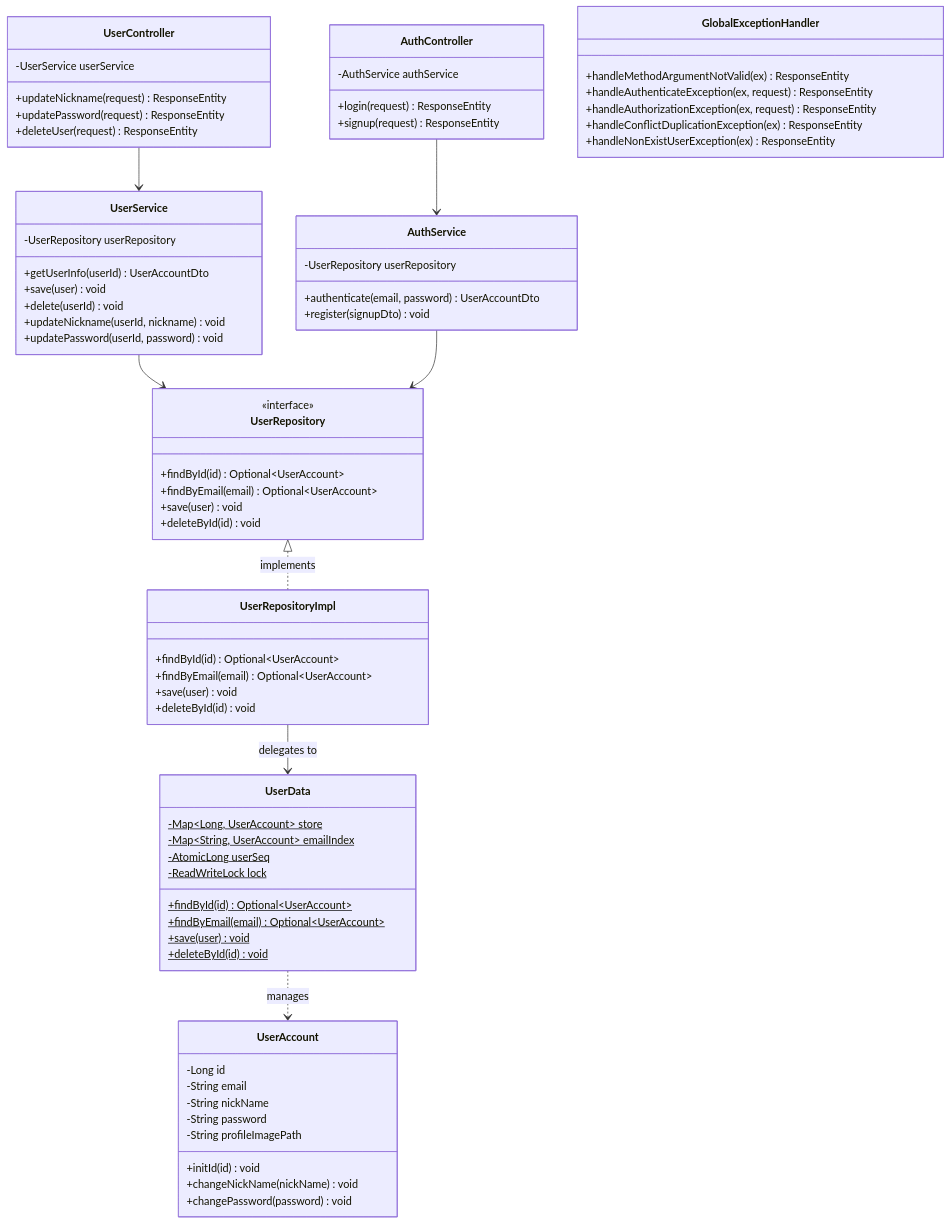
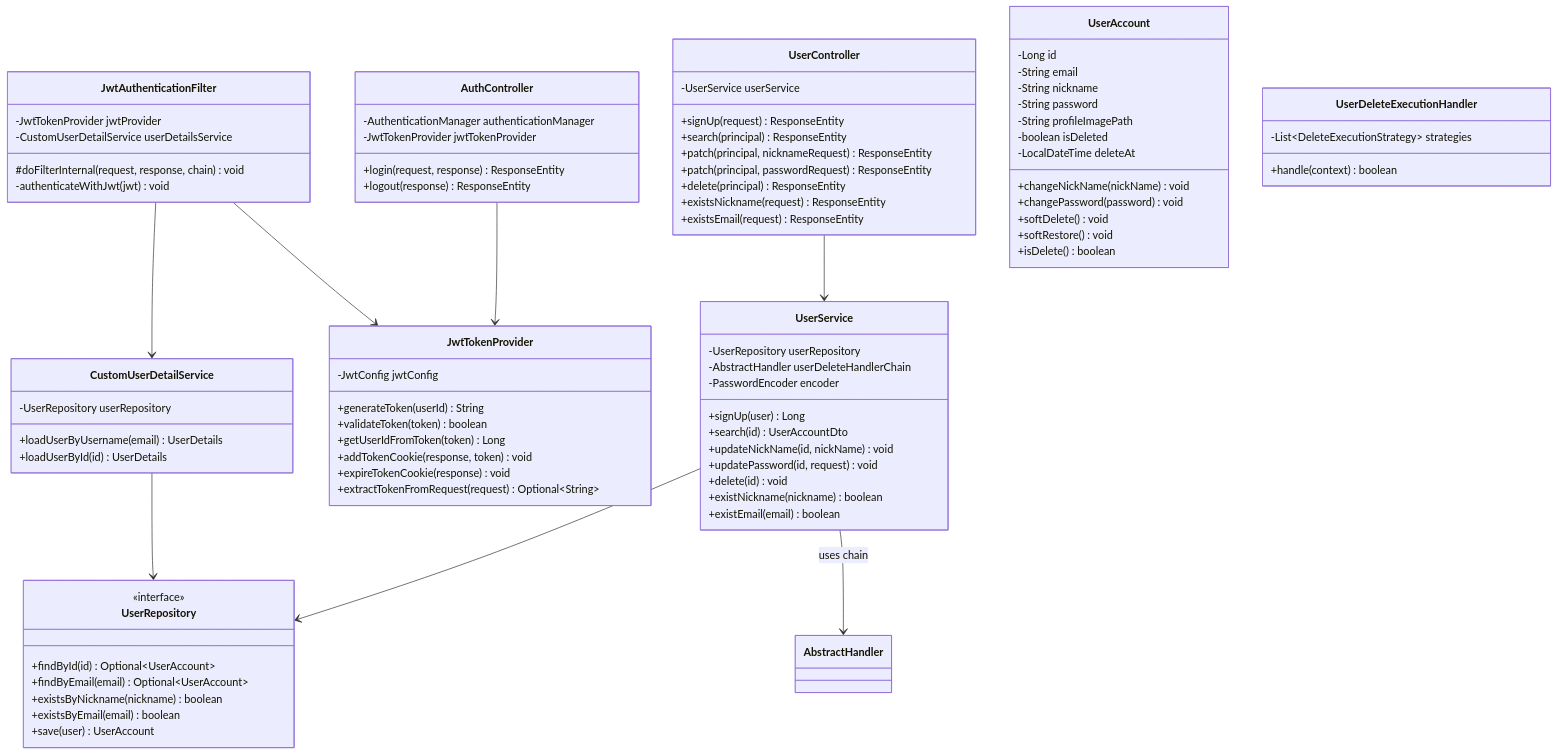
The fourth of 6 diagrams in README.md (100-hours-a-week/ktb3-claude-full), drawn with Mermaid before and after one commit. The commit also changed other lines of this file, not shown here.

````diff
--- a/README.md
+++ b/README.md
@@ -343,31 +456,58 @@
     %% Controllers
     class UserController {
         -UserService userService
-        +updateNickname(request) ResponseEntity
-        +updatePassword(request) ResponseEntity
-        +deleteUser(request) ResponseEntity
+        +signUp(request) ResponseEntity
+        +search(principal) ResponseEntity
+        +patch(principal, nicknameRequest) ResponseEntity
+        +patch(principal, passwordRequest) ResponseEntity
+        +delete(principal) ResponseEntity
+        +existsNickname(request) ResponseEntity
+        +existsEmail(request) ResponseEntity
     }
 
     class AuthController {
-        -AuthService authService
-        +login(request) ResponseEntity
-        +signup(request) ResponseEntity
+        -AuthenticationManager authenticationManager
+        -JwtTokenProvider jwtTokenProvider
+        +login(request, response) ResponseEntity
+        +logout(response) ResponseEntity
     }
 
-    %% Services
+    %% Service
     class UserService {
         -UserRepository userRepository
-        +getUserInfo(userId) UserAccountDto
-        +save(user) void
-        +delete(userId) void
-        +updateNickname(userId, nickname) void
-        +updatePassword(userId, password) void
+        -AbstractHandler userDeleteHandlerChain
+        -PasswordEncoder encoder
+        +signUp(user) Long
+        +search(id) UserAccountDto
+        +updateNickName(id, nickName) void
+        +updatePassword(id, request) void
+        +delete(id) void
+        +existNickname(nickname) boolean
+        +existEmail(email) boolean
     }
 
-    class AuthService {
+    %% Auth
+    class JwtTokenProvider {
+        -JwtConfig jwtConfig
+        +generateToken(userId) String
+        +validateToken(token) boolean
+        +getUserIdFromToken(token) Long
+        +addTokenCookie(response, token) void
+        +expireTokenCookie(response) void
+        +extractTokenFromRequest(request) Optional~String~
+    }
+
+    class JwtAuthenticationFilter {
+        -JwtTokenProvider jwtProvider
+        -CustomUserDetailService userDetailsService
+        #doFilterInternal(request, response, chain) void
+        -authenticateWithJwt(jwt) void
+    }
+
+    class CustomUserDetailService {
         -UserRepository userRepository
-        +authenticate(email, password) UserAccountDto
-        +register(signupDto) void
+        +loadUserByUsername(email) UserDetails
+        +loadUserById(id) UserDetails
     }
 
     %% Repository
@@ -375,56 +515,39 @@
         <<interface>>
         +findById(id) Optional~UserAccount~
         +findByEmail(email) Optional~UserAccount~
-        +save(user) void
-        +deleteById(id) void
-    }
-
-    class UserRepositoryImpl {
-        +findById(id) Optional~UserAccount~
-        +findByEmail(email) Optional~UserAccount~
-        +save(user) void
-        +deleteById(id) void
-    }
-
-    %% Data Store
-    class UserData {
-        -Map~Long, UserAccount~ store$
-        -Map~String, UserAccount~ emailIndex$
-        -AtomicLong userSeq$
-        -ReadWriteLock lock$
-        +findById(id)$ Optional~UserAccount~
-        +findByEmail(email)$ Optional~UserAccount~
-        +save(user)$ void
-        +deleteById(id)$ void
+        +existsByNickname(nickname) boolean
+        +existsByEmail(email) boolean
+        +save(user) UserAccount
     }
 
     %% Domain
     class UserAccount {
         -Long id
         -String email
-        -String nickName
+        -String nickname
         -String password
         -String profileImagePath
-        +initId(id) void
+        -boolean isDeleted
+        -LocalDateTime deleteAt
         +changeNickName(nickName) void
         +changePassword(password) void
+        +softDelete() void
+        +softRestore() void
+        +isDelete() boolean
     }
 
-    %% Exception Handler
-    class GlobalExceptionHandler {
-        +handleMethodArgumentNotValid(ex) ResponseEntity
-        +handleAuthenticateException(ex, request) ResponseEntity
-        +handleAuthorizationException(ex, request) ResponseEntity
-        +handleConflictDuplicationException(ex) ResponseEntity
-        +handleNonExistUserException(ex) ResponseEntity
+    %% Handler
+    class UserDeleteExecutionHandler {
+        -List~DeleteExecutionStrategy~ strategies
+        +handle(context) boolean
     }
 
     %% Relationships
     UserController --> UserService
-    AuthController --> AuthService
+    AuthController --> JwtTokenProvider
     UserService --> UserRepository
-    AuthService --> UserRepository
-    UserRepository <|.. UserRepositoryImpl : implements
-    UserRepositoryImpl --> UserData : delegates to
-    UserData ..> UserAccount : manages
+    UserService --> AbstractHandler : uses chain
+    JwtAuthenticationFilter --> JwtTokenProvider
+    JwtAuthenticationFilter --> CustomUserDetailService
+    CustomUserDetailService --> UserRepository
 ```
````
